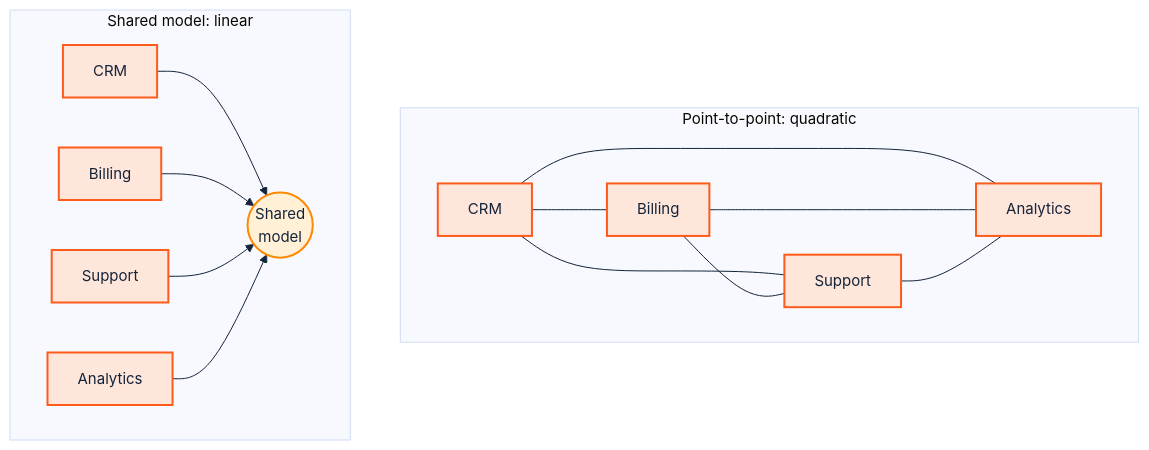
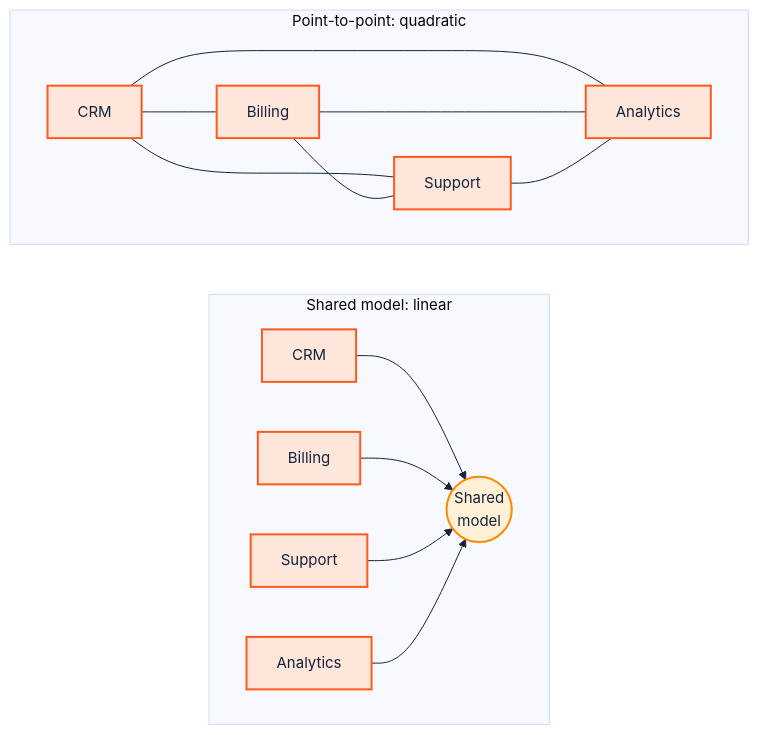
Before and after one commit to pwin/SemOpsManual: the first of 2 diagrams in docs/01-the-business-case.md, drawn with Mermaid. The commit also changed other lines of this file and 23 other files, not shown here.

````diff
--- a/docs/01-the-business-case.md
+++ b/docs/01-the-business-case.md
@@ -60,27 +60,30 @@
 ```mermaid
 %%{init: {'theme':'base','themeVariables':{
   'fontSize':'15px','fontFamily':'Segoe UI, Helvetica, Arial, sans-serif',
-  'lineColor':'#14243A','primaryTextColor':'#14243A'}}}%%
+  'lineColor':'#14243A','primaryTextColor':'#14243A',
+  'edgeLabelBackground':'#FFFFFF'}}}%%
 flowchart TD
     subgraph BEFORE["Point-to-point: quadratic"]
         A1["CRM"] --- B1["Billing"]
         A1 --- C1["Support"]
         B1 --- C1
         A1 --- D1["Analytics"]
         B1 --- D1
         C1 --- D1
     end
 
     subgraph AFTER["Shared model: linear"]
         M(("Shared<br/>model"))
         A2["CRM"] --> M
         B2["Billing"] --> M
         C2["Support"] --> M
         D2["Analytics"] --> M
     end
 
+    BEFORE ~~~ AFTER
+
     classDef human fill:#FFE6DA,stroke:#FD5B1C,stroke-width:2px,color:#14243A;
     classDef govern fill:#FFF0D6,stroke:#FE8902,stroke-width:2px,color:#14243A;
     class A1,B1,C1,D1,A2,B2,C2,D2 human;
     class M govern;
 ```
````
